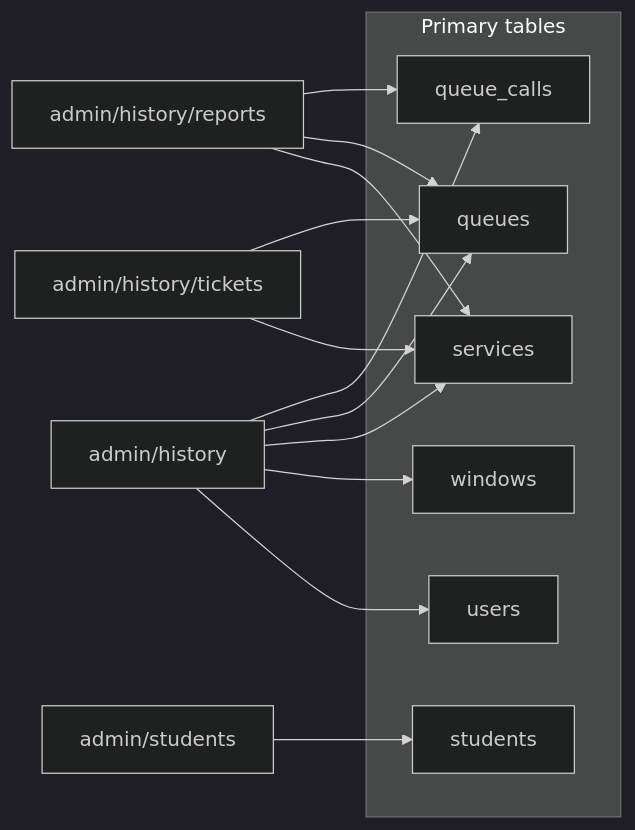
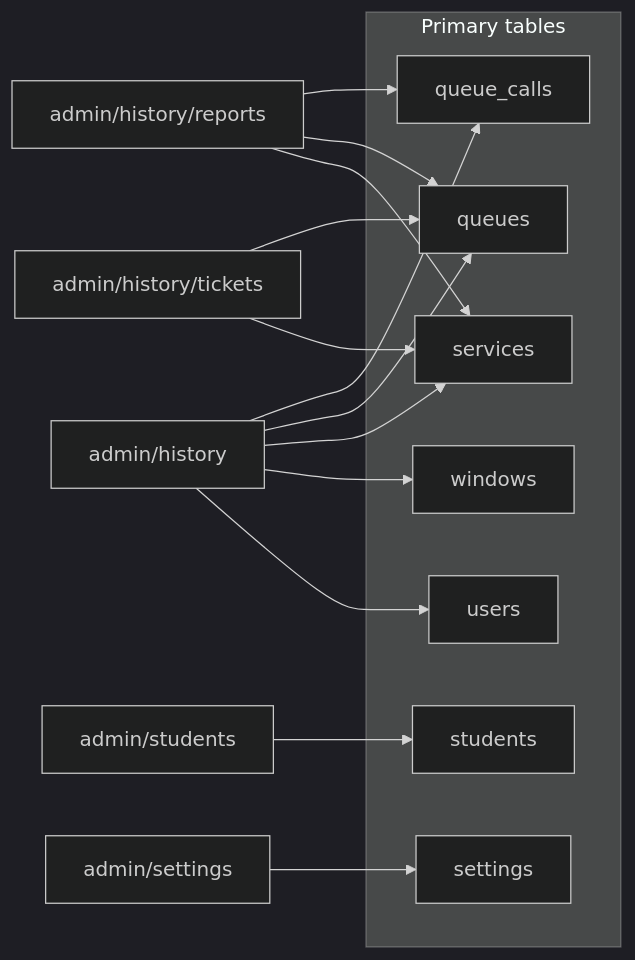
One commit to rhems95/queuing-system changed the ninth of 12 diagrams in docs/system-flowchart.md. Above: the diagram before and after it, drawn with Mermaid (dark theme). The commit also changed other lines of this file and 51 other files, not shown here.

````diff
--- a/docs/system-flowchart.md
+++ b/docs/system-flowchart.md
@@ -297,22 +324,24 @@
 ```mermaid
 flowchart LR
     subgraph Tables["Primary tables"]
         QC[queue_calls]
         Q[queues]
         SV[services]
         WIN[windows]
         US[users]
         STU[students]
+        SET[settings]
     end
     HI["admin/history"] --> QC
     HI --> Q
     HI --> SV
     HI --> WIN
     HI --> US
     TK["admin/history/tickets"] --> Q
     TK --> SV
     STUL["admin/students"] --> STU
+    PIN["admin/settings"] --> SET
     RP["admin/history/reports"] --> QC
     RP --> Q
     RP --> SV
 ```
````
